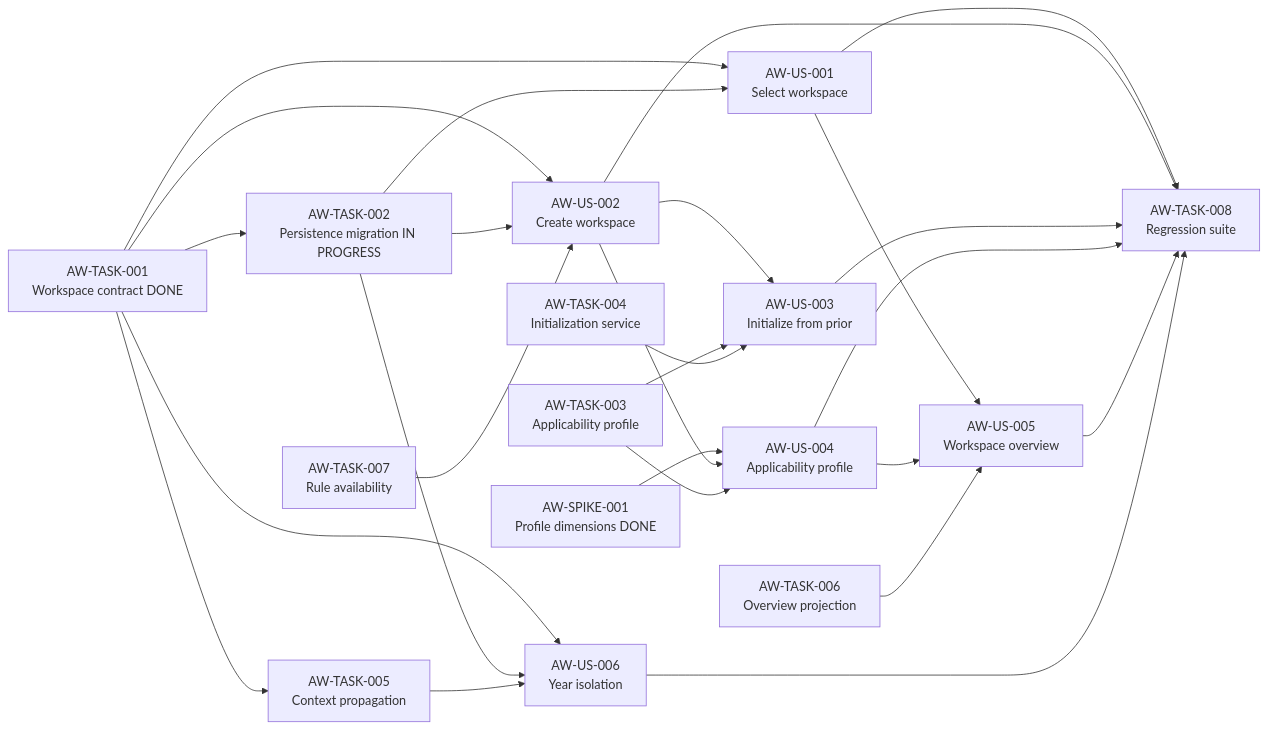
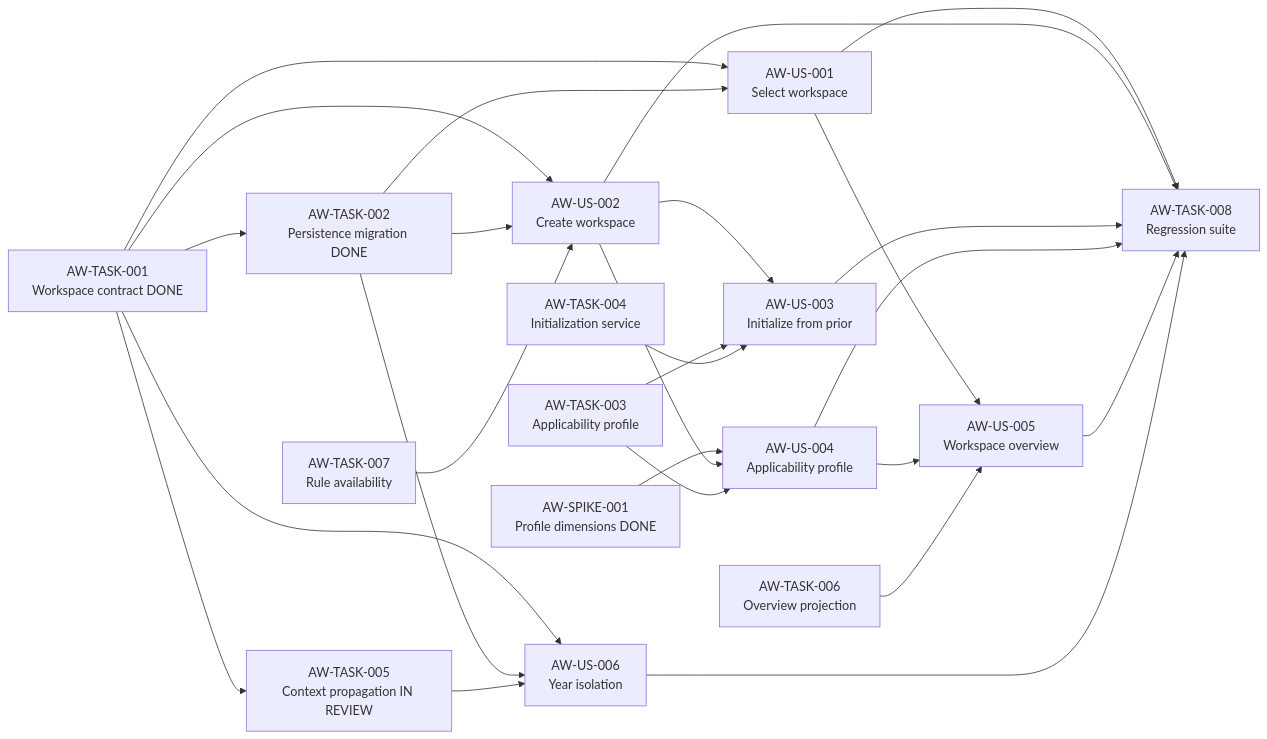
One commit to adumun/personal-tax-ledger changed the diagram in docs/backlog/stories/01-annual-workspace/enablers-and-dependencies.md. Above: the diagram before and after it, drawn with Mermaid. The commit also changed other lines of this file, not shown here.

Commit message:
docs(tax): synchronize enablers through trusted context review

````diff
--- a/docs/backlog/stories/01-annual-workspace/enablers-and-dependencies.md
+++ b/docs/backlog/stories/01-annual-workspace/enablers-and-dependencies.md
@@ -244,34 +262,34 @@
 ```mermaid
 flowchart LR
-  T1[AW-TASK-001\nWorkspace contract DONE] --> T2[AW-TASK-002\nPersistence migration IN PROGRESS]
-  T1 --> T5[AW-TASK-005\nContext propagation]
+  T1[AW-TASK-001\nWorkspace contract DONE] --> T2[AW-TASK-002\nPersistence migration DONE]
+  T1 --> T5[AW-TASK-005\nContext propagation IN REVIEW]
   T1 --> U1[AW-US-001\nSelect workspace]
   T2 --> U1
 
   T1 --> U2[AW-US-002\nCreate workspace]
   T2 --> U2
   T7[AW-TASK-007\nRule availability] --> U2
 
   U2 --> U3[AW-US-003\nInitialize from prior]
   T3[AW-TASK-003\nApplicability profile] --> U3
   T4[AW-TASK-004\nInitialization service] --> U3
 
   S1[AW-SPIKE-001\nProfile dimensions DONE] --> U4[AW-US-004\nApplicability profile]
   U2 --> U4
   T3 --> U4
 
   U1 --> U5[AW-US-005\nWorkspace overview]
   U4 --> U5
   T6[AW-TASK-006\nOverview projection] --> U5
 
   T1 --> U6[AW-US-006\nYear isolation]
   T2 --> U6
   T5 --> U6
 
   U1 --> T8[AW-TASK-008\nRegression suite]
   U2 --> T8
   U3 --> T8
   U4 --> T8
   U5 --> T8
   U6 --> T8
 ```
````
